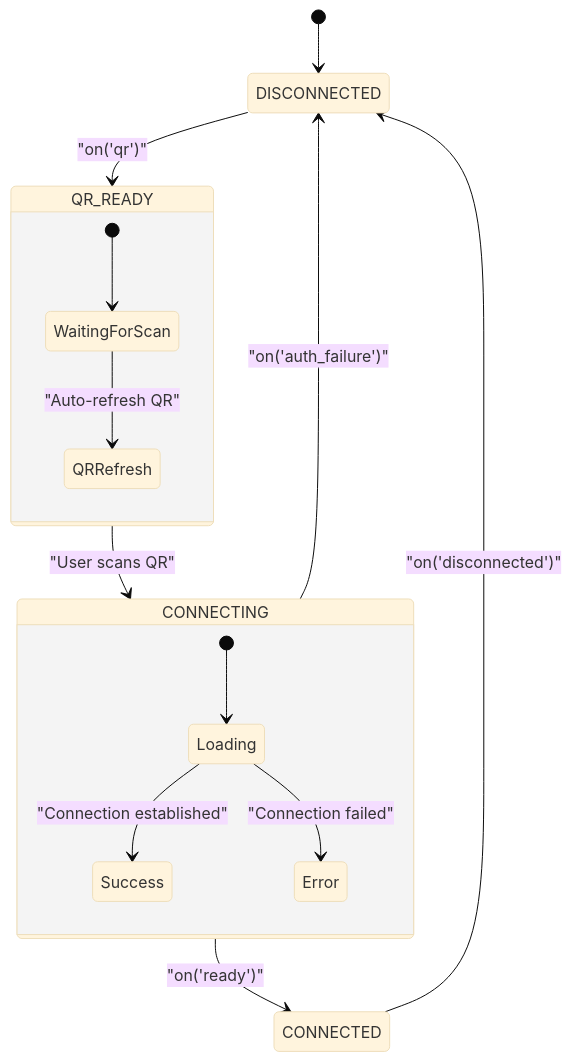
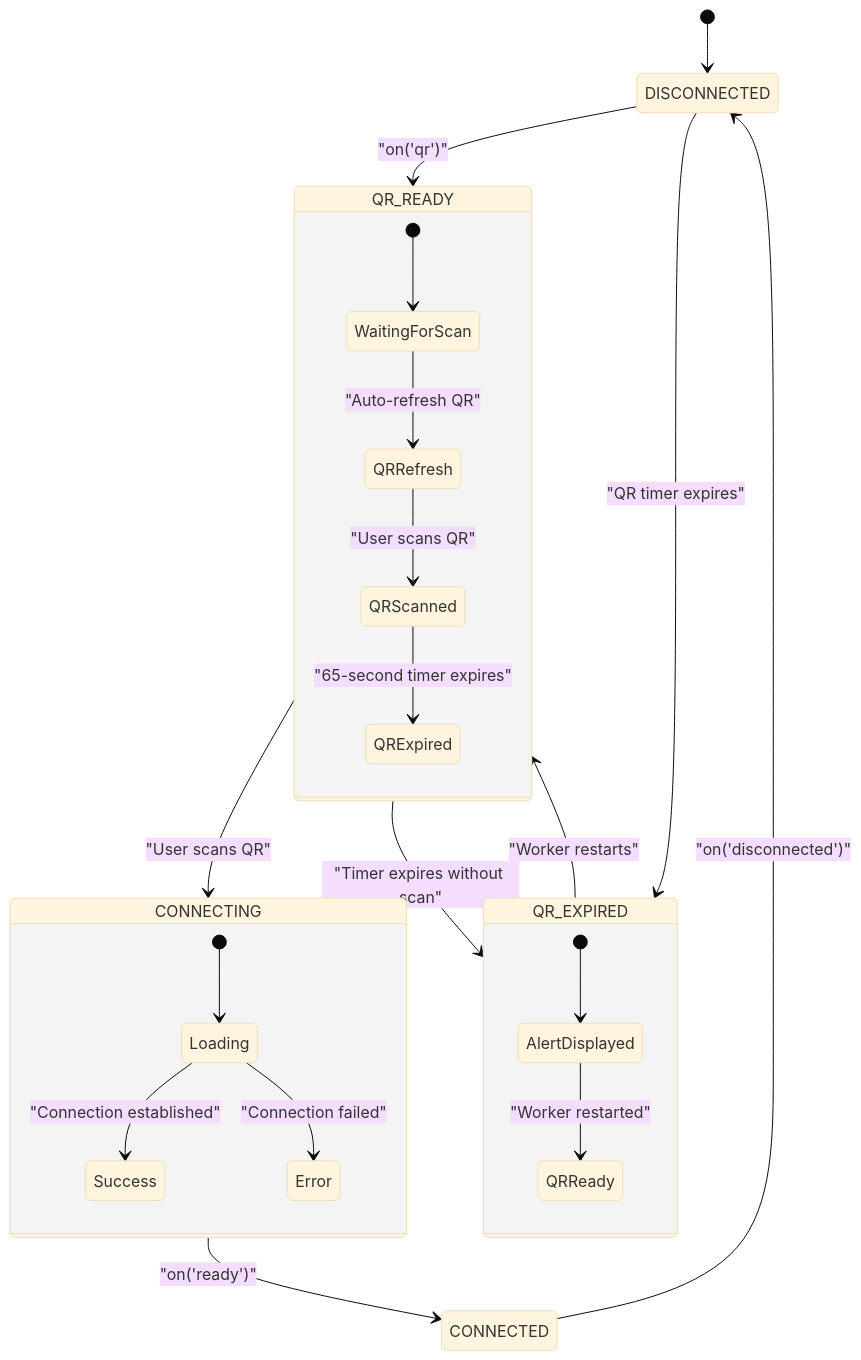
One commit to askchiwa-spec/FLOW-HQ-BOT changed the sixth of 8 diagrams in .qoder/repowiki/en/content/WhatsApp Integration/WhatsApp Integration.md. Above: the diagram before and after it, drawn with Mermaid (base theme). The commit also changed other lines of this file and 27 other files, not shown here.

````diff
--- a/.qoder/repowiki/en/content/WhatsApp Integration/WhatsApp Integration.md
+++ b/.qoder/repowiki/en/content/WhatsApp Integration/WhatsApp Integration.md
@@ -312,18 +342,26 @@
 ```mermaid
 stateDiagram-v2
 [*] --> DISCONNECTED
 DISCONNECTED --> QR_READY : "on('qr')"
 QR_READY --> CONNECTING : "User scans QR"
 CONNECTING --> CONNECTED : "on('ready')"
 CONNECTED --> DISCONNECTED : "on('disconnected')"
-CONNECTING --> DISCONNECTED : "on('auth_failure')"
+DISCONNECTED --> QR_EXPIRED : "QR timer expires"
+QR_READY --> QR_EXPIRED : "Timer expires without scan"
+QR_EXPIRED --> QR_READY : "Worker restarts"
 state QR_READY {
 [*] --> WaitingForScan
 WaitingForScan --> QRRefresh : "Auto-refresh QR"
+QRRefresh --> QRScanned : "User scans QR"
+QRScanned --> QRExpired : "65-second timer expires"
 }
 state CONNECTING {
 [*] --> Loading
 Loading --> Success : "Connection established"
 Loading --> Error : "Connection failed"
 }
+state QR_EXPIRED {
+[*] --> AlertDisplayed
+AlertDisplayed --> QRReady : "Worker restarted"
+}
 ```
````
